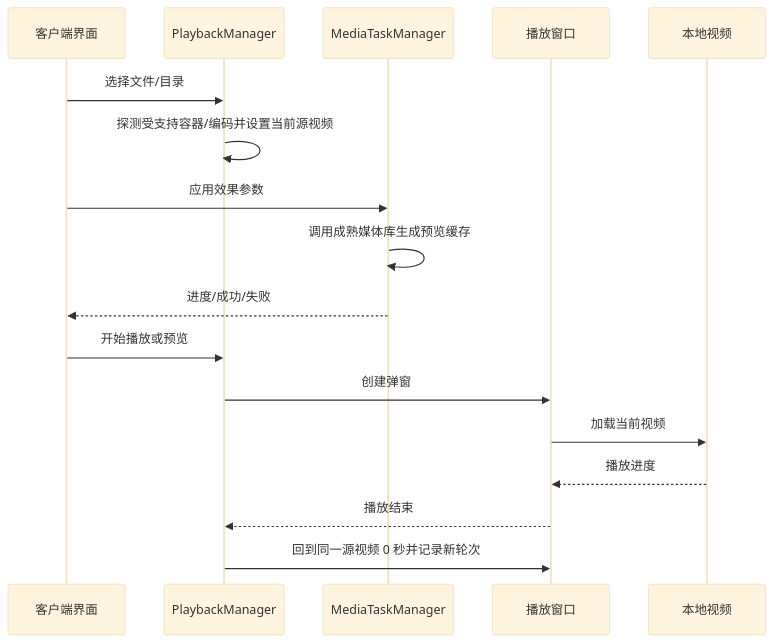
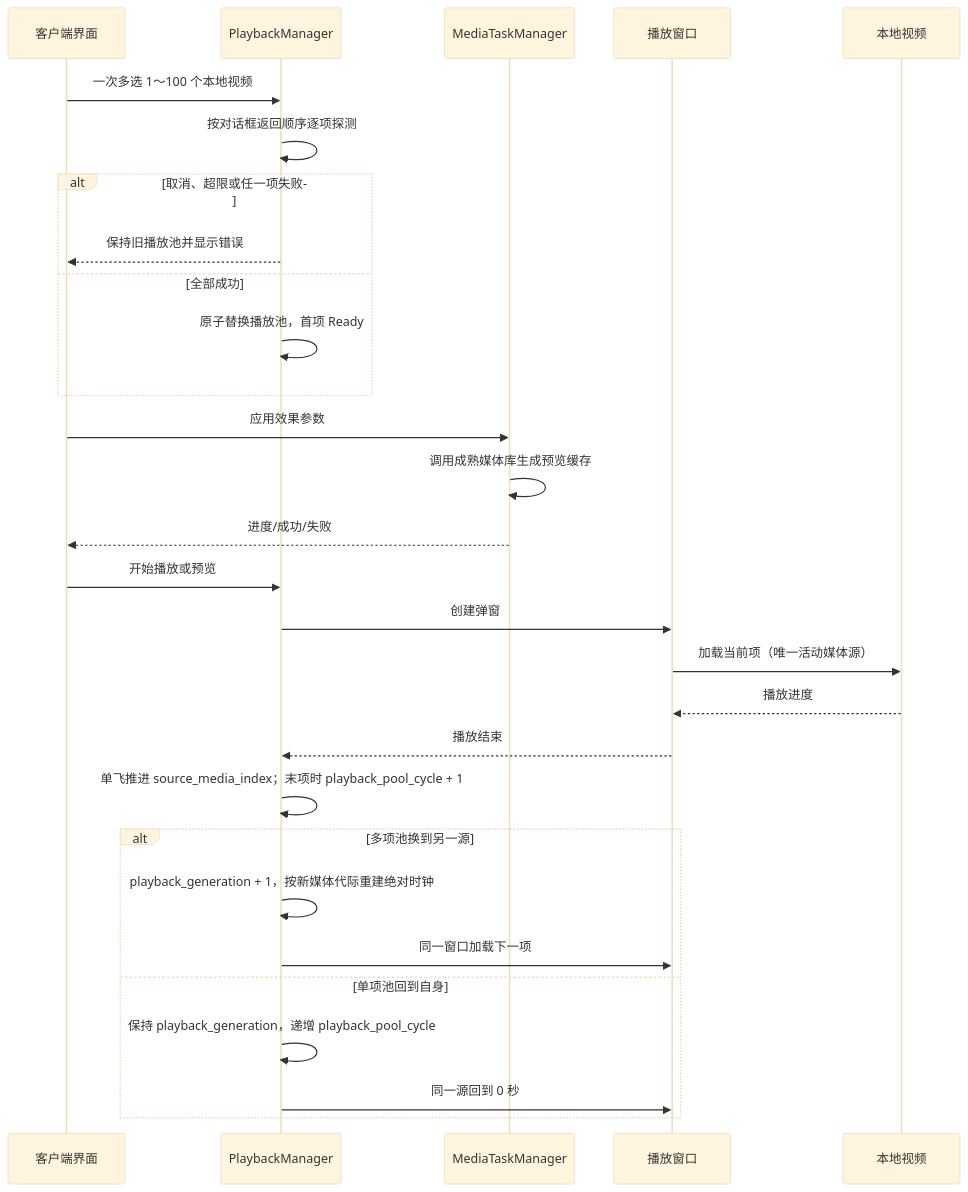
The fourth of 4 diagrams in 桌面客户端架构.md (asd494235908/autolive), drawn with Mermaid (base theme) before and after one commit. The commit also changed other lines of this file and 212 other files, not shown here.

Commit message:
feat: complete desktop media pipeline and activation flow

````diff
--- a/桌面客户端架构.md
+++ b/桌面客户端架构.md
@@ -448,20 +496,32 @@
 ```mermaid
 sequenceDiagram
     participant UI as 客户端界面
     participant PM as PlaybackManager
     participant Pipeline as MediaTaskManager
     participant Window as 播放窗口
     participant File as 本地视频
 
-    UI->>PM: 选择文件/目录
-    PM->>PM: 探测受支持容器/编码并设置当前源视频
+    UI->>PM: 一次多选 1～100 个本地视频
+    PM->>PM: 按对话框返回顺序逐项探测
+    alt 取消、超限或任一项失败
+        PM-->>UI: 保持旧播放池并显示错误
+    else 全部成功
+        PM->>PM: 原子替换播放池，首项 Ready
+    end
     UI->>Pipeline: 应用效果参数
     Pipeline->>Pipeline: 调用成熟媒体库生成预览缓存
     Pipeline-->>UI: 进度/成功/失败
     UI->>PM: 开始播放或预览
     PM->>Window: 创建弹窗
-    Window->>File: 加载当前视频
+    Window->>File: 加载当前项（唯一活动媒体源）
     File-->>Window: 播放进度
     Window-->>PM: 播放结束
-    PM->>Window: 回到同一源视频 0 秒并记录新轮次
+    PM->>PM: 单飞推进 source_media_index；末项时 playback_pool_cycle + 1
+    alt 多项池换到另一源
+        PM->>PM: playback_generation + 1，按新媒体代际重建绝对时钟
+        PM->>Window: 同一窗口加载下一项
+    else 单项池回到自身
+        PM->>PM: 保持 playback_generation，递增 playback_pool_cycle
+        PM->>Window: 同一源回到 0 秒
+    end
 ```
````
